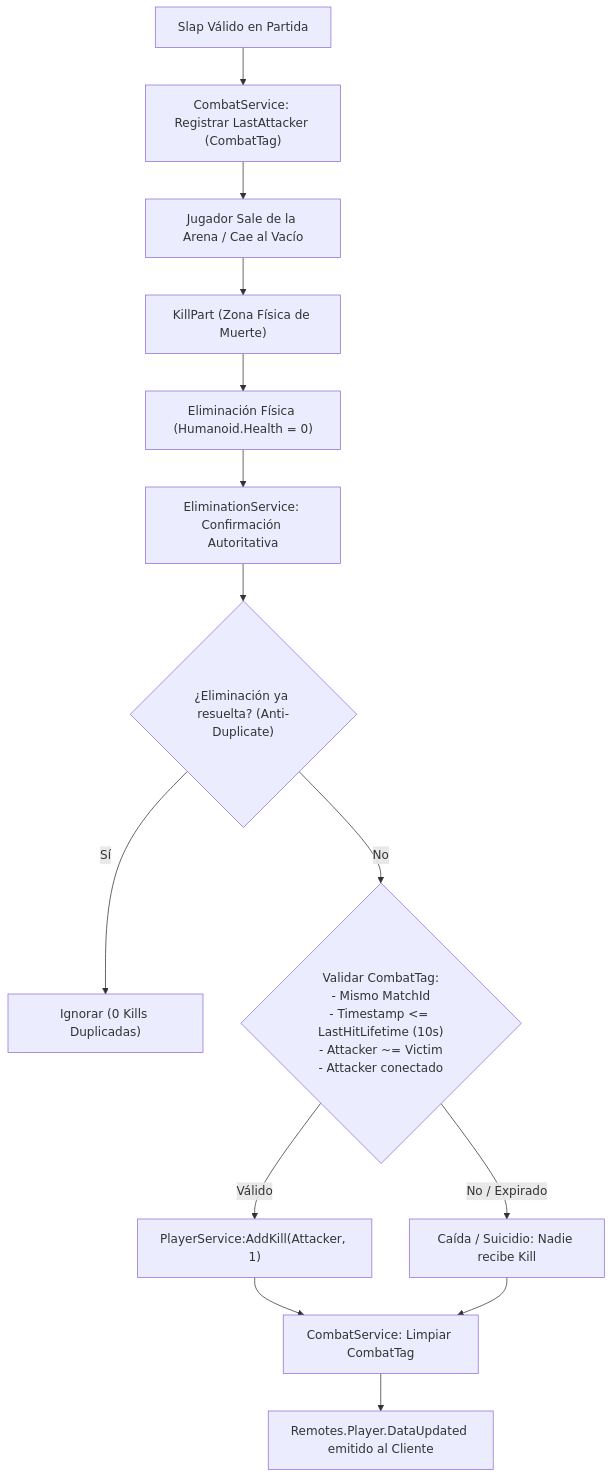
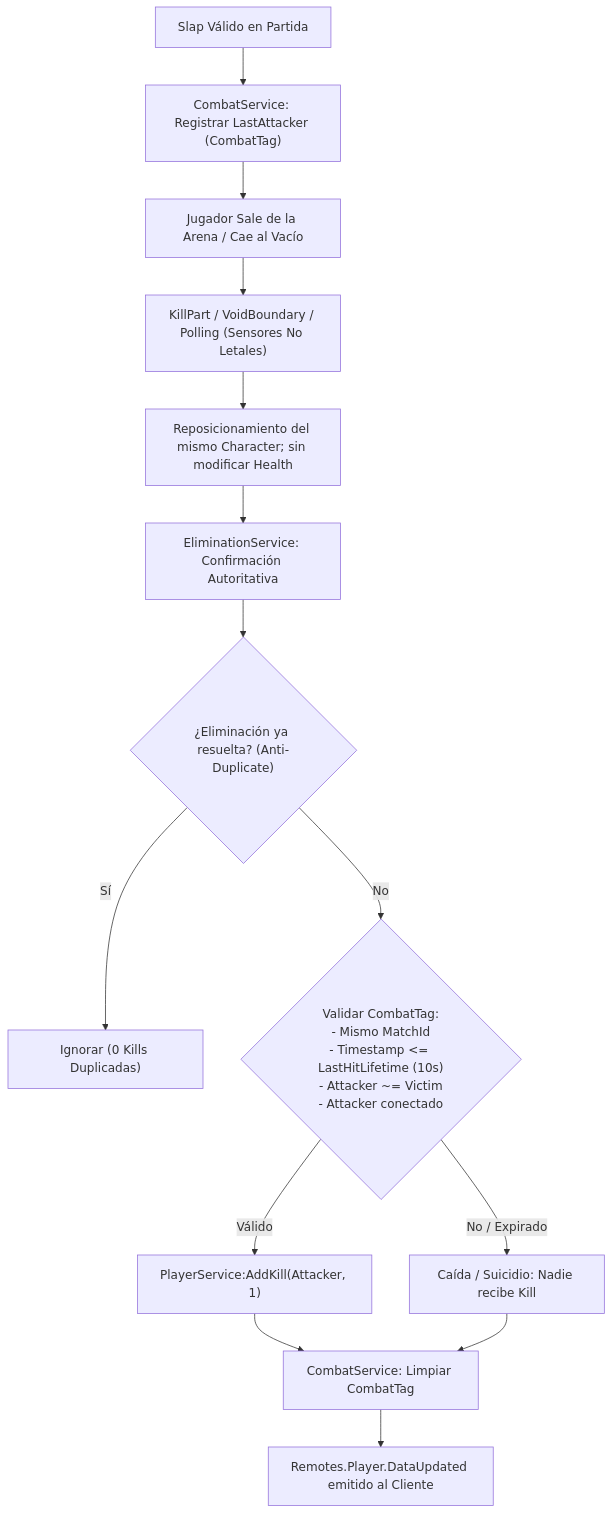
One commit to MaxiiARGDev/SlapDuels-2.0 changed the diagram in SlapDuels_SDD_Documentacion/gameplay/ELIMINATION.md. Above: the diagram before and after it, drawn with Mermaid. The commit also changed other lines of this file and 3168 other files, not shown here.

````diff
--- a/SlapDuels_SDD_Documentacion/gameplay/ELIMINATION.md
+++ b/SlapDuels_SDD_Documentacion/gameplay/ELIMINATION.md
@@ -17,16 +17,16 @@
 ```mermaid
 graph TD
     Slap["Slap Válido en Partida"] --> CombatService["CombatService: Registrar LastAttacker (CombatTag)"]
     CombatService --> Fall["Jugador Sale de la Arena / Cae al Vacío"]
-    Fall --> KillPart["KillPart (Zona Física de Muerte)"]
-    KillPart --> PhysicalElim["Eliminación Física (Humanoid.Health = 0)"]
+    Fall --> KillPart["KillPart / VoidBoundary / Polling (Sensores No Letales)"]
+    KillPart --> PhysicalElim["Reposicionamiento del mismo Character; sin modificar Health"]
     PhysicalElim --> EliminationService["EliminationService: Confirmación Autoritativa"]
     EliminationService --> AntiDup{"¿Eliminación ya resuelta? (Anti-Duplicate)"}
     AntiDup -- Sí --> Ignore["Ignorar (0 Kills Duplicadas)"]
     AntiDup -- No --> ValidateTag{"Validar CombatTag:<br/>- Mismo MatchId<br/>- Timestamp <= LastHitLifetime (10s)<br/>- Attacker ~= Victim<br/>- Attacker conectado"}
     ValidateTag -- Válido --> GrantKill["PlayerService:AddKill(Attacker, 1)"]
     ValidateTag -- No / Expirado --> NoKill["Caída / Suicidio: Nadie recibe Kill"]
     GrantKill --> ClearTag["CombatService: Limpiar CombatTag"]
     NoKill --> ClearTag
     ClearTag --> DataUpdated["Remotes.Player.DataUpdated emitido al Cliente"]
 ```
````
